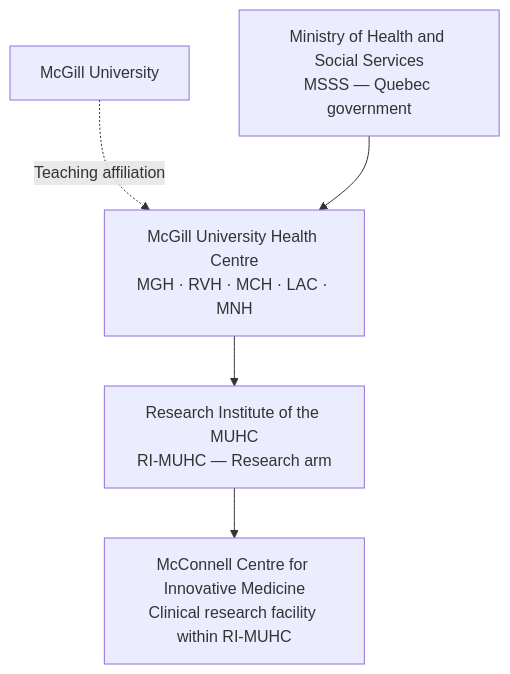
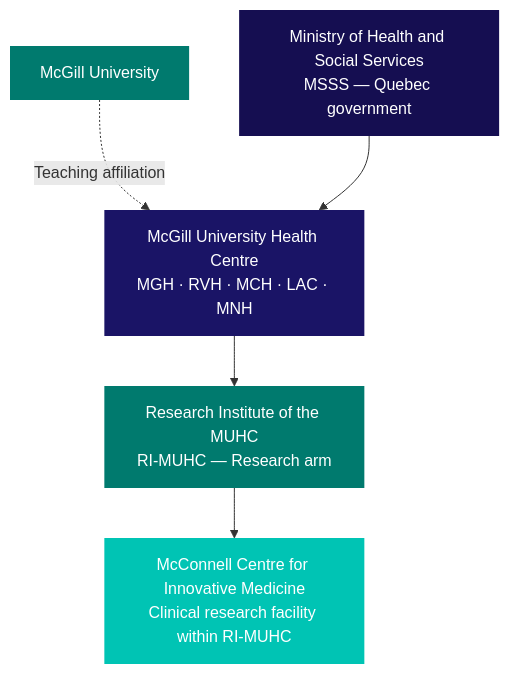
The first of 2 diagrams in kb/governance/institutional-structure.mdx (matthewfiorentino/docs), drawn with Mermaid before and after one commit. The commit also changed other lines of this file and 14 other files, not shown here.

````diff
--- a/kb/governance/institutional-structure.mdx
+++ b/kb/governance/institutional-structure.mdx
@@ -10,9 +10,15 @@
 ```mermaid
 flowchart TD
     MSSS["Ministry of Health and Social Services<br/>MSSS — Quebec government"]
     MUHC["McGill University Health Centre<br/>MGH · RVH · MCH · LAC · MNH"]
     McGill["McGill University"] -. Teaching affiliation .-> MUHC
     RIMUHC["Research Institute of the MUHC<br/>RI-MUHC — Research arm"]
     CIM["McConnell Centre for Innovative Medicine<br/>Clinical research facility within RI-MUHC"]
     MSSS --> MUHC --> RIMUHC --> CIM
+
+    style MSSS   fill:#150e51,color:#fff,stroke:none
+    style MUHC   fill:#1a1466,color:#fff,stroke:none
+    style McGill fill:#007a6e,color:#fff,stroke:none
+    style RIMUHC fill:#007a6e,color:#fff,stroke:none
+    style CIM    fill:#00c4b4,color:#fff,stroke:none
 ```
````
